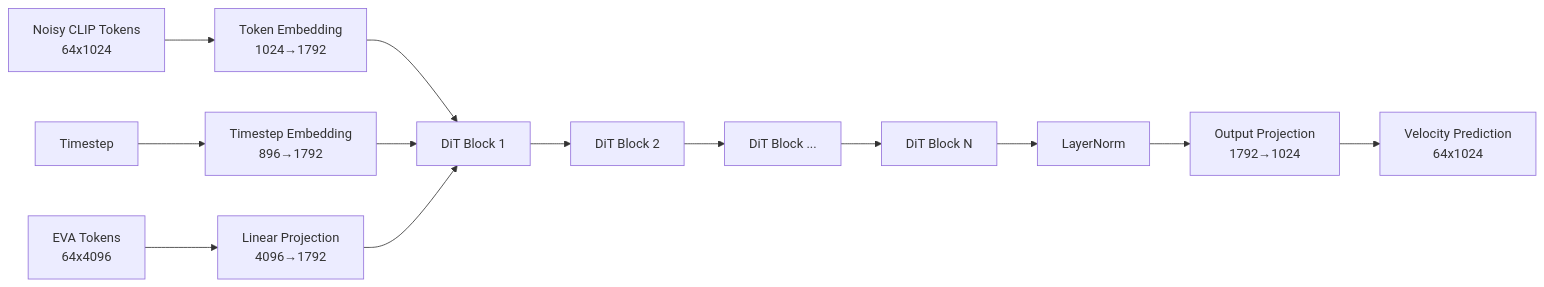
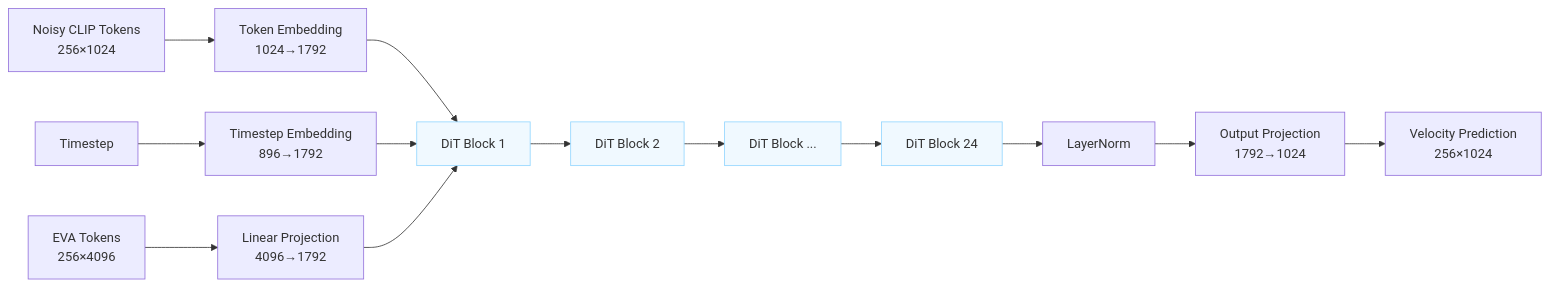
The second of 7 diagrams in README.md (Hafeezmhk7/eva-clip-v6), drawn with Mermaid before and after one commit. The commit also changed other lines of this file, not shown here.

````diff
--- a/README.md
+++ b/README.md
@@ -64,18 +84,23 @@
 ```mermaid
 flowchart LR
-    A[Noisy CLIP Tokens\n64x1024] --> B[Token Embedding\n1024→1792]
+    A[Noisy CLIP Tokens\n256×1024] --> B[Token Embedding\n1024→1792]
     C[Timestep] --> D[Timestep Embedding\n896→1792]
-    E[EVA Tokens\n64x4096] --> F[Linear Projection\n4096→1792]
+    E[EVA Tokens\n256×4096] --> F[Linear Projection\n4096→1792]
     
     B --> G[DiT Block 1]
     D --> G
     F --> G
     
     G --> H[DiT Block 2]
     H --> I[DiT Block ...]
-    I --> J[DiT Block N]
+    I --> J[DiT Block 24]
     
     J --> K[LayerNorm]
     K --> L[Output Projection\n1792→1024]
-    L --> M[Velocity Prediction\n64x1024]
+    L --> M[Velocity Prediction\n256×1024]
+    
+    style G fill:#f0f9ff,stroke:#91d5ff
+    style H fill:#f0f9ff,stroke:#91d5ff
+    style I fill:#f0f9ff,stroke:#91d5ff
+    style J fill:#f0f9ff,stroke:#91d5ff
 ```
````
